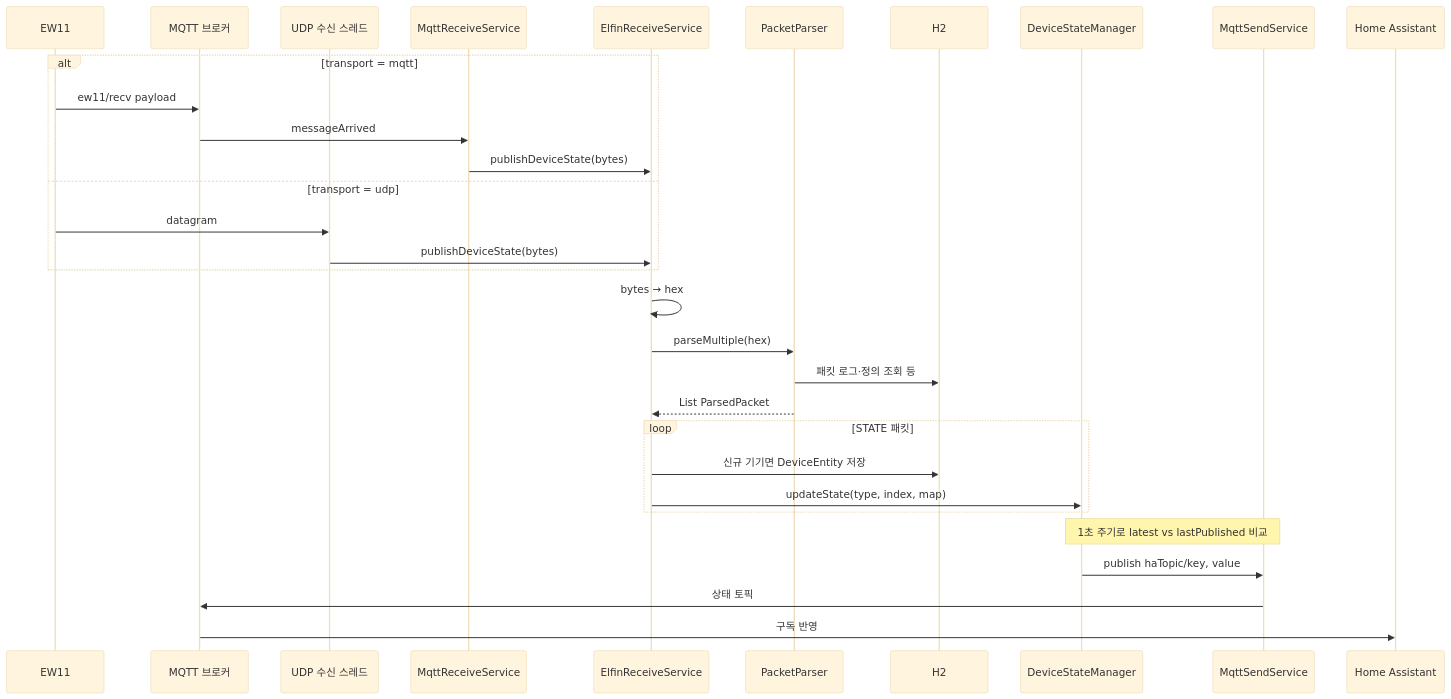
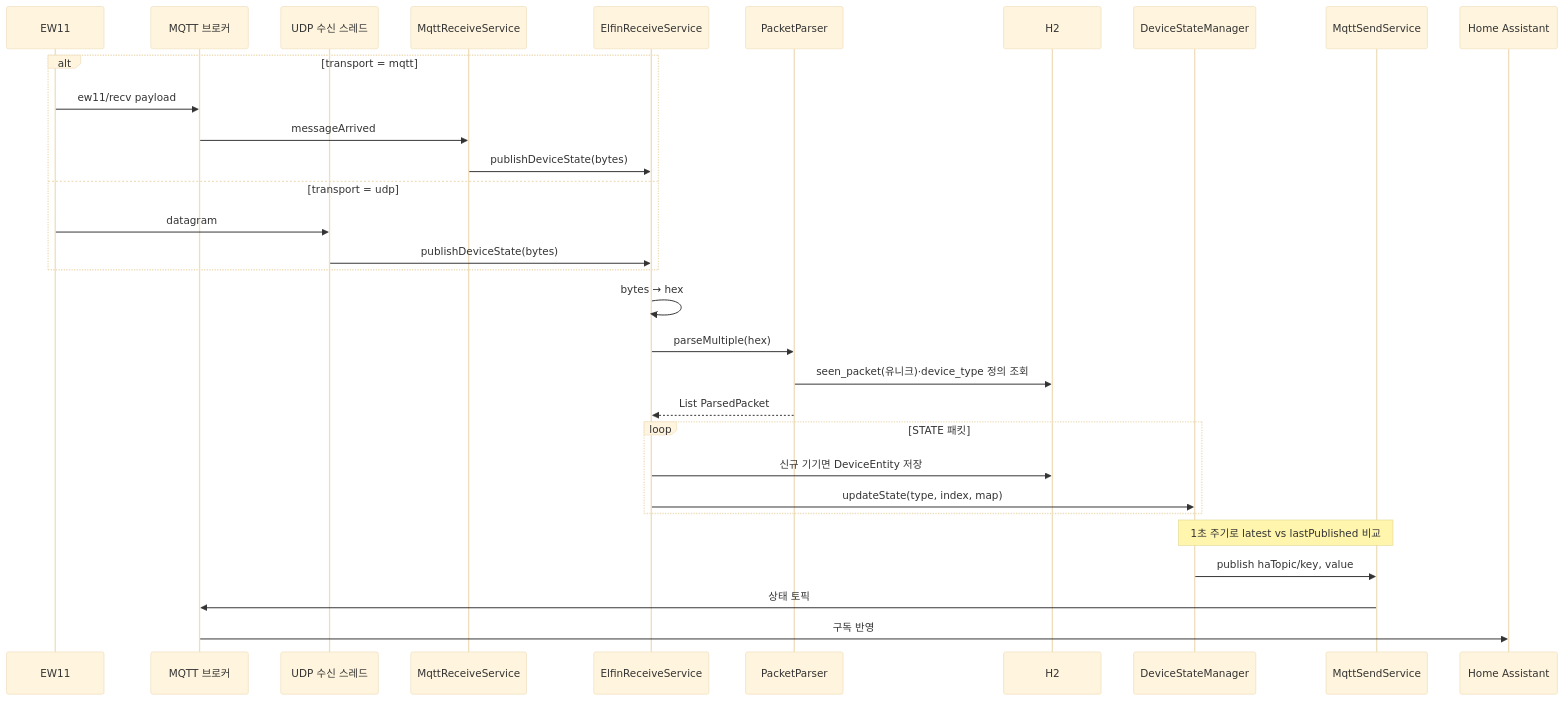
Before and after one commit to tadaHP/commax-ha-mqtt: the first of 2 diagrams in wallpadcontroller/docs/data-flow.md, drawn with Mermaid (base theme). The commit also changed 37 other files, not shown here.

First line of the commit message:
feat: 패킷 로그 제거 및 seen_packet 기반 유니크 관측으로 전환

````diff
--- a/wallpadcontroller/docs/data-flow.md
+++ b/wallpadcontroller/docs/data-flow.md
@@ -7,37 +7,37 @@
 ```mermaid
 sequenceDiagram
   participant EW as EW11
   participant BR as MQTT 브로커
   participant UDP as UDP 수신 스레드
   participant MR as MqttReceiveService
   participant RX as ElfinReceiveService
   participant PP as PacketParser
   participant DB as H2
   participant DSM as DeviceStateManager
   participant MS as MqttSendService
   participant HA as Home Assistant
 
   alt transport = mqtt
     EW->>BR: ew11/recv payload
     BR->>MR: messageArrived
     MR->>RX: publishDeviceState(bytes)
   else transport = udp
     EW->>UDP: datagram
     UDP->>RX: publishDeviceState(bytes)
   end
 
   RX->>RX: bytes → hex
   RX->>PP: parseMultiple(hex)
-  PP->>DB: 패킷 로그·정의 조회 등
+  PP->>DB: seen_packet(유니크)·device_type 정의 조회
   PP-->>RX: List ParsedPacket
 
   loop STATE 패킷
     RX->>DB: 신규 기기면 DeviceEntity 저장
     RX->>DSM: updateState(type, index, map)
   end
 
   Note over DSM,MS: 1초 주기로 latest vs lastPublished 비교
   DSM->>MS: publish haTopic/key, value
   MS->>BR: 상태 토픽
   BR->>HA: 구독 반영
 ```
````
